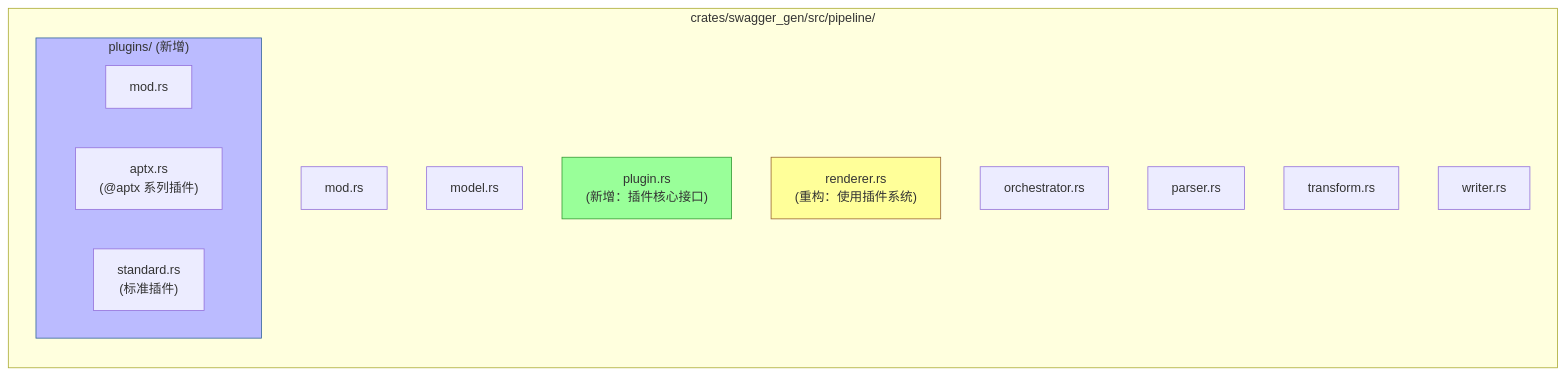
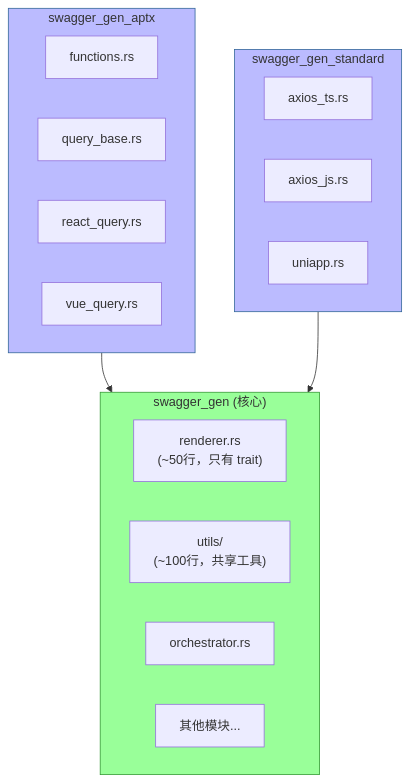
Before and after one commit to HaibaraAiAPTX/frontend_tk_rs: the fourth of 7 diagrams in docs/architecture-migration.md, drawn with Mermaid. The commit also changed other lines of this file and 71 other files, not shown here.

````diff
--- a/docs/architecture-migration.md
+++ b/docs/architecture-migration.md
@@ -888,24 +518,29 @@
 ```mermaid
-graph LR
-    subgraph pipeline["crates/swagger_gen/src/pipeline/"]
-        A["mod.rs"]
-        B["model.rs"]
-        C["plugin.rs<br/>(新增：插件核心接口)"]
-        D["renderer.rs<br/>(重构：使用插件系统)"]
-
-        subgraph plugins["plugins/ (新增)"]
-            P1["mod.rs"]
-            P2["aptx.rs<br/>(@aptx 系列插件)"]
-            P3["standard.rs<br/>(标准插件)"]
-        end
-
-        E["orchestrator.rs"]
-        F["parser.rs"]
-        G["transform.rs"]
-        H["writer.rs"]
+graph TB
+    subgraph swagger_gen["swagger_gen (核心)"]
+        A1["renderer.rs<br/>(~50行，只有 trait)"]
+        A2["utils/<br/>(~100行，共享工具)"]
+        A3["orchestrator.rs"]
+        A4["其他模块..."]
     end
 
-    style C fill:#9f9,stroke:#393
-    style D fill:#ff9,stroke:#963
-    style plugins fill:#bbf,stroke:#369
+    subgraph swagger_gen_aptx["swagger_gen_aptx"]
+        B1["functions.rs"]
+        B2["query_base.rs"]
+        B3["react_query.rs"]
+        B4["vue_query.rs"]
+    end
+
+    subgraph swagger_gen_standard["swagger_gen_standard"]
+        C1["axios_ts.rs"]
+        C2["axios_js.rs"]
+        C3["uniapp.rs"]
+    end
+
+    swagger_gen_aptx --> swagger_gen
+    swagger_gen_standard --> swagger_gen
+
+    style swagger_gen fill:#9f9,stroke:#393
+    style swagger_gen_aptx fill:#bbf,stroke:#369
+    style swagger_gen_standard fill:#bbf,stroke:#369
 ```
````
